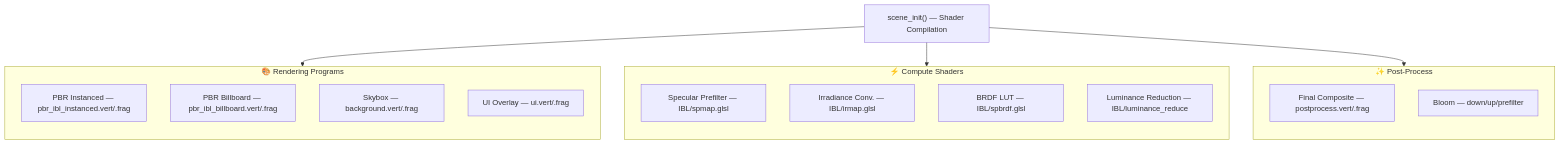
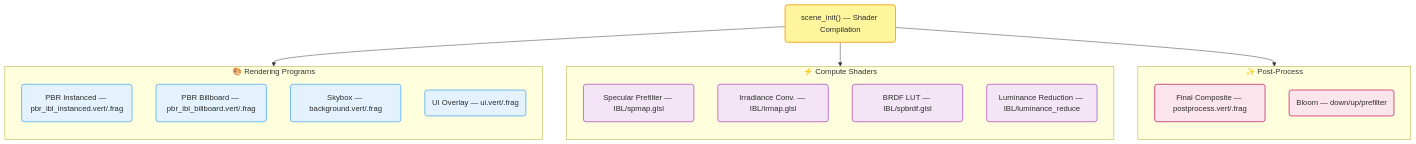
One commit to yoyonel/blog_source changed the seventh of 17 diagrams in content/suckless-ogl-anatomie-frame-en.md. Above: the diagram before and after it, drawn with Mermaid. The commit also changed other lines of this file and 4 other files, not shown here.

First line of the commit message:
refactor(mermaid): hand-drawn style + forced light mode for all browsers

```diff
--- a/content/suckless-ogl-anatomie-frame-en.md
+++ b/content/suckless-ogl-anatomie-frame-en.md
@@ -410,28 +437,38 @@
 <pre class="mermaid">
 graph TD
-    INIT["scene_init() — Shader Compilation"] --> REND
+    INIT("scene_init() — Shader Compilation") --> REND
     INIT --> COMP
     INIT --> POST
 
     subgraph REND ["🎨 Rendering Programs"]
         direction TB
-        PBR["PBR Instanced — pbr_ibl_instanced.vert/.frag"]
-        BB["PBR Billboard — pbr_ibl_billboard.vert/.frag"]
-        SKY["Skybox — background.vert/.frag"]
-        UI["UI Overlay — ui.vert/.frag"]
+        PBR("PBR Instanced — pbr_ibl_instanced.vert/.frag")
+        BB("PBR Billboard — pbr_ibl_billboard.vert/.frag")
+        SKY("Skybox — background.vert/.frag")
+        UI("UI Overlay — ui.vert/.frag")
     end
 
     subgraph COMP ["⚡ Compute Shaders"]
         direction TB
-        SPMAP["Specular Prefilter — IBL/spmap.glsl"]
-        IRMAP["Irradiance Conv. — IBL/irmap.glsl"]
-        BRDF["BRDF LUT — IBL/spbrdf.glsl"]
-        LUM["Luminance Reduction — IBL/luminance_reduce"]
+        SPMAP("Specular Prefilter — IBL/spmap.glsl")
+        IRMAP("Irradiance Conv. — IBL/irmap.glsl")
+        BRDF("BRDF LUT — IBL/spbrdf.glsl")
+        LUM("Luminance Reduction — IBL/luminance_reduce")
     end
 
     subgraph POST ["✨ Post-Process"]
         direction TB
-        PP["Final Composite — postprocess.vert/.frag"]
-        BL["Bloom — down/up/prefilter"]
+        PP("Final Composite — postprocess.vert/.frag")
+        BL("Bloom — down/up/prefilter")
     end
+
+    classDef keyFunc fill:#fff59d,stroke:#f9a825,stroke-width:2px,color:#2d2d2d
+    classDef render fill:#e3f2fd,stroke:#42a5f5,stroke-width:1.5px,color:#2d2d2d
+    classDef compute fill:#f3e5f5,stroke:#ab47bc,stroke-width:1.5px,color:#2d2d2d
+    classDef postfx fill:#fce4ec,stroke:#c2185b,stroke-width:1.5px,color:#2d2d2d
+
+    class INIT keyFunc
+    class PBR,BB,SKY,UI render
+    class SPMAP,IRMAP,BRDF,LUM compute
+    class PP,BL postfx
 </pre>
```
